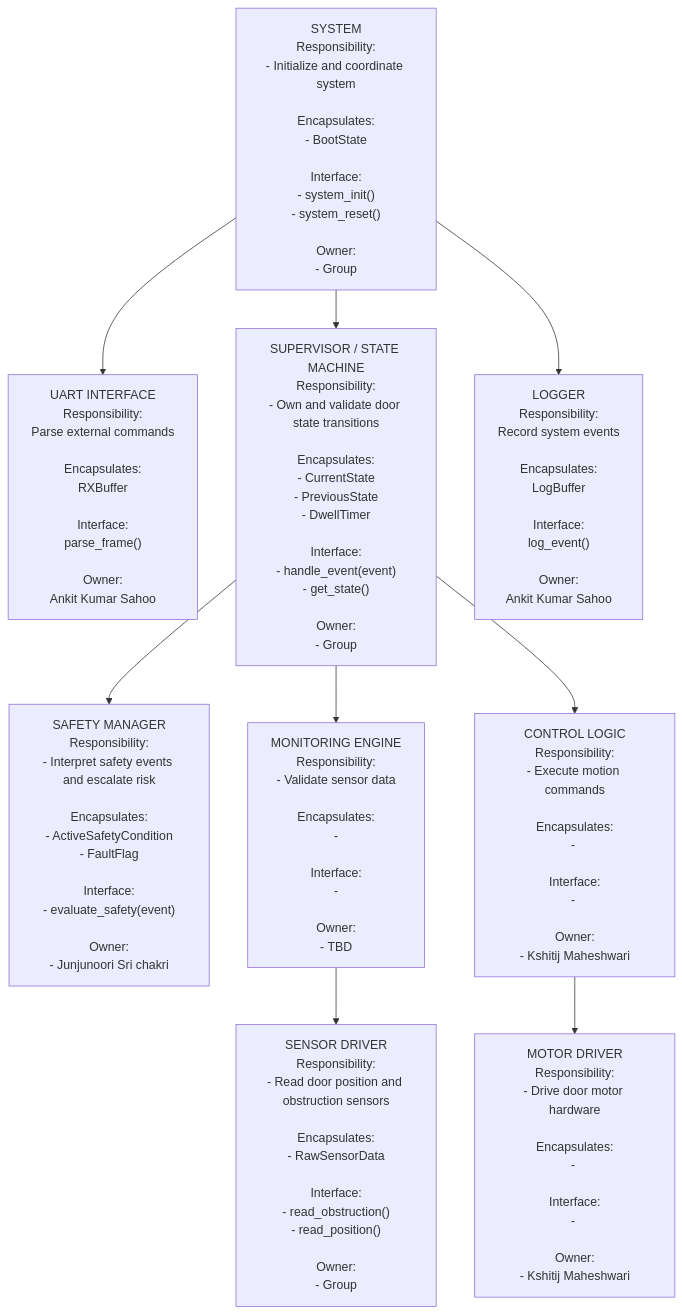
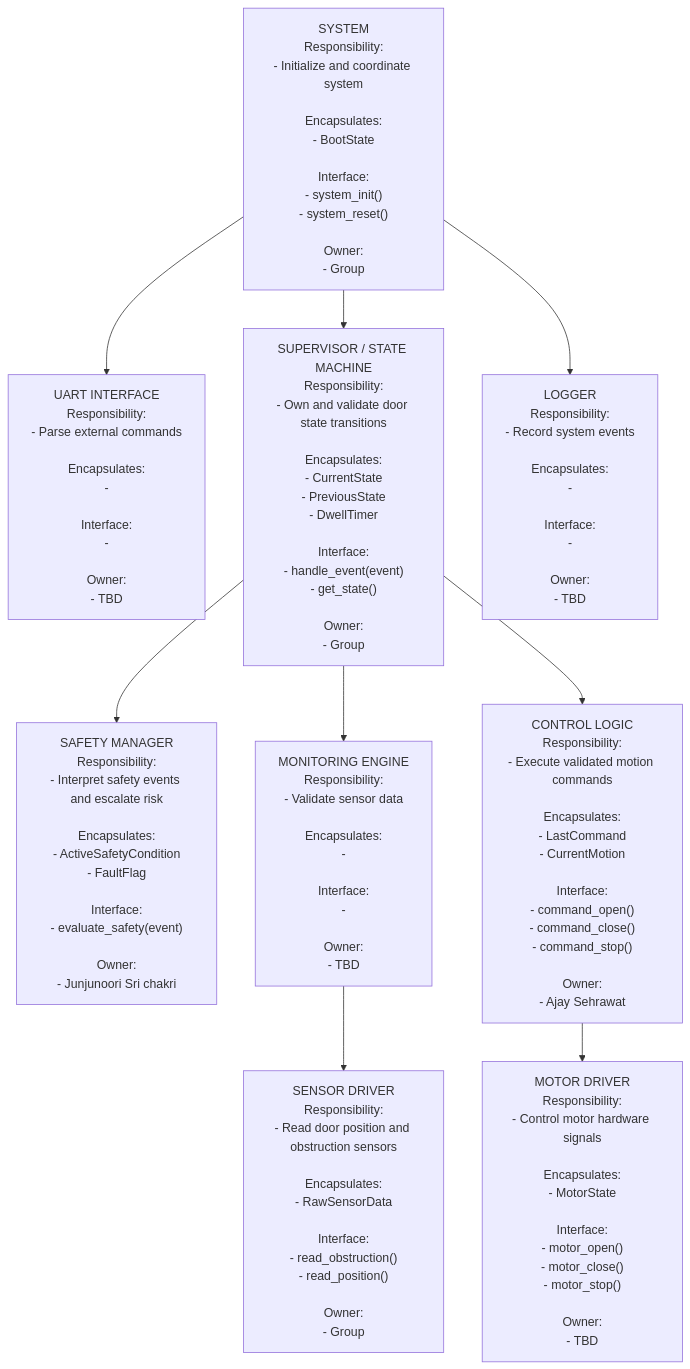
One commit to csg523/project-p7-elevator-door changed the diagram in docs/sections/architecture.md. Above: the diagram before and after it, drawn with Mermaid. The commit also changed other lines of this file, not shown here.

Commit message:
Updated control logic and motor driver nodes

```diff
--- a/docs/sections/architecture.md
+++ b/docs/sections/architecture.md
@@ -20,16 +20,16 @@
 
 System --> UART["UART INTERFACE
 Responsibility:
-Parse external commands
+- Parse external commands
 
 Encapsulates:
-RXBuffer
+- <RXBuffer>
 
 Interface:
-parse_frame()
+- <parse_frame()>
 
 Owner:
-Ankit Kumar Sahoo
+- TBD
 "]
 
 System --> Supervisor["SUPERVISOR / STATE MACHINE
@@ -51,16 +51,16 @@
 
 System --> Logger["LOGGER
 Responsibility:
-Record system events
+- Record system events
 
 Encapsulates:
-LogBuffer
+- <LogBuffer>
 
 Interface:
-log_event()
+- <log_event()>
 
 Owner:
-Ankit Kumar Sahoo
+- TBD
 "]
 
 Supervisor --> Safety["SAFETY MANAGER
@@ -94,30 +94,35 @@
 
 Supervisor --> Control["CONTROL LOGIC
 Responsibility:
-- Execute motion commands
+- Execute validated motion commands
 
 Encapsulates:
-- <LastCommand>
+- LastCommand
+- CurrentMotion
 
 Interface:
-- <command_open()>
+- command_open()
+- command_close()
+- command_stop()
 
 Owner:
-- Kshitij Maheshwari
+- Ajay Sehrawat
 "]
 
 Control --> MotorDriver["MOTOR DRIVER
 Responsibility:
-- Drive door motor hardware
+- Control motor hardware signals
 
 Encapsulates:
-- <MotorState>
+- MotorState
 
 Interface:
-- <motor_open()>
+- motor_open()
+- motor_close()
+- motor_stop()
 
 Owner:
-- Kshitij Maheshwari
+- TBD
 "]
 
 Monitoring --> SensorDriver["SENSOR DRIVER
```
